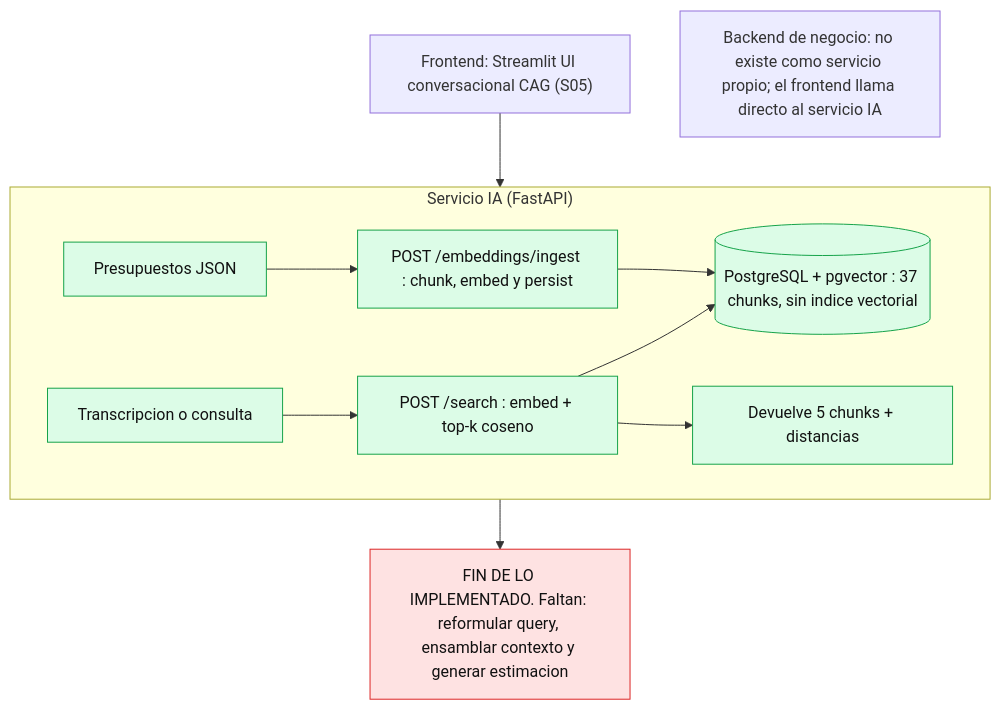
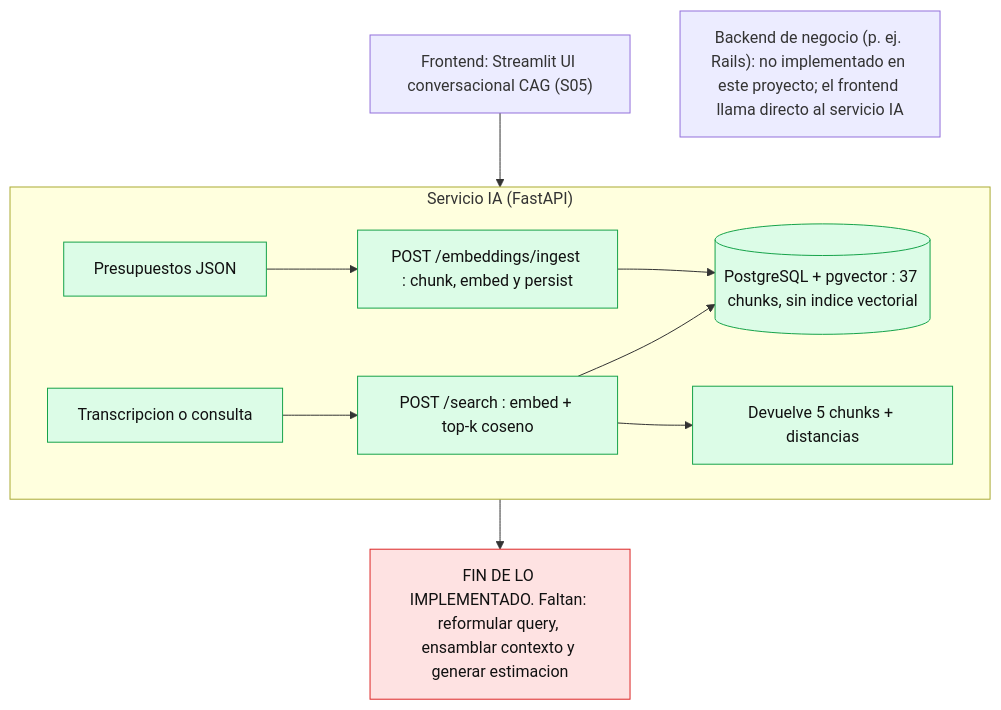
Before and after one commit to apelaez-link/ai-engineering-lidr: the first of 2 diagrams in arquitectura-actual.md, drawn with Mermaid.

Commit message:
docs(S09): etiqueta backend de negocio mas clara (revision con el alumno)

````diff
--- a/arquitectura-actual.md
+++ b/arquitectura-actual.md
@@ -18,22 +18,22 @@
 ```mermaid
 flowchart TB
   FE["Frontend: Streamlit UI conversacional CAG (S05)"]
-  BN["Backend de negocio: no existe como servicio propio; el frontend llama directo al servicio IA"]
+  BN["Backend de negocio (p. ej. Rails): no implementado en este proyecto; el frontend llama directo al servicio IA"]
 
   subgraph IA["Servicio IA (FastAPI)"]
     direction LR
     B["Presupuestos JSON"] --> ING["POST /embeddings/ingest : chunk, embed y persist"]
     ING --> DB[("PostgreSQL + pgvector : 37 chunks, sin indice vectorial")]
     Q["Transcripcion o consulta"] --> SR["POST /search : embed + top-k coseno"]
     SR --> DB
     SR --> R["Devuelve 5 chunks + distancias"]
   end
 
   FE --> IA
   R --> WALL["FIN DE LO IMPLEMENTADO. Faltan: reformular query, ensamblar contexto y generar estimacion"]
 
   classDef done fill:#dcfce7,stroke:#16a34a,color:#111
   classDef wall fill:#fee2e2,stroke:#dc2626,color:#111
   class B,ING,DB,Q,SR,R done
   class WALL wall
 ```
````
